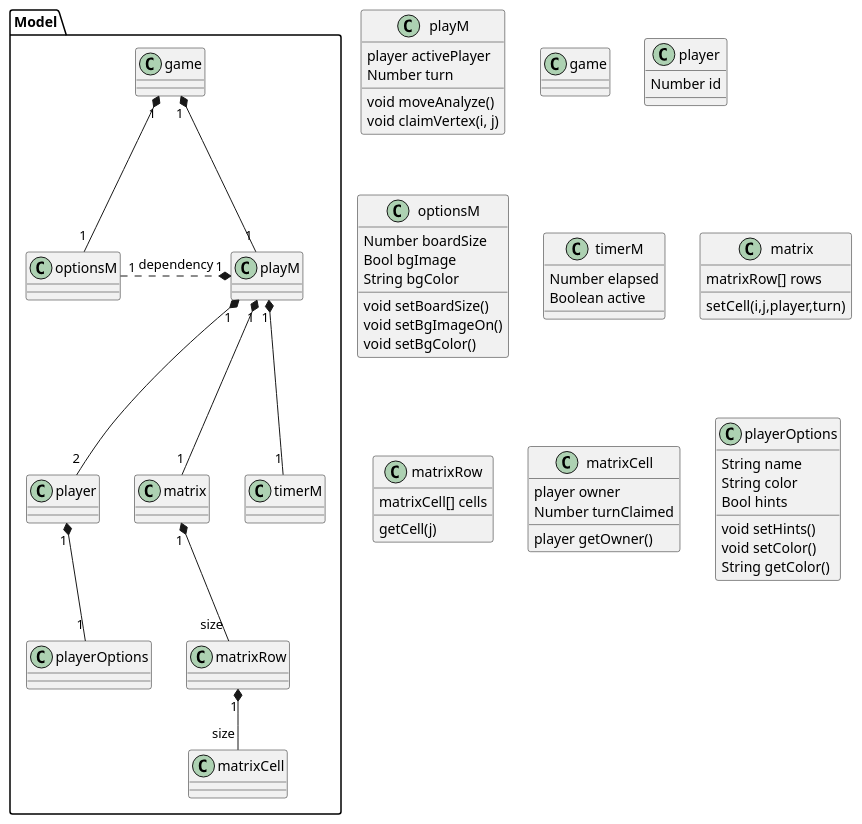
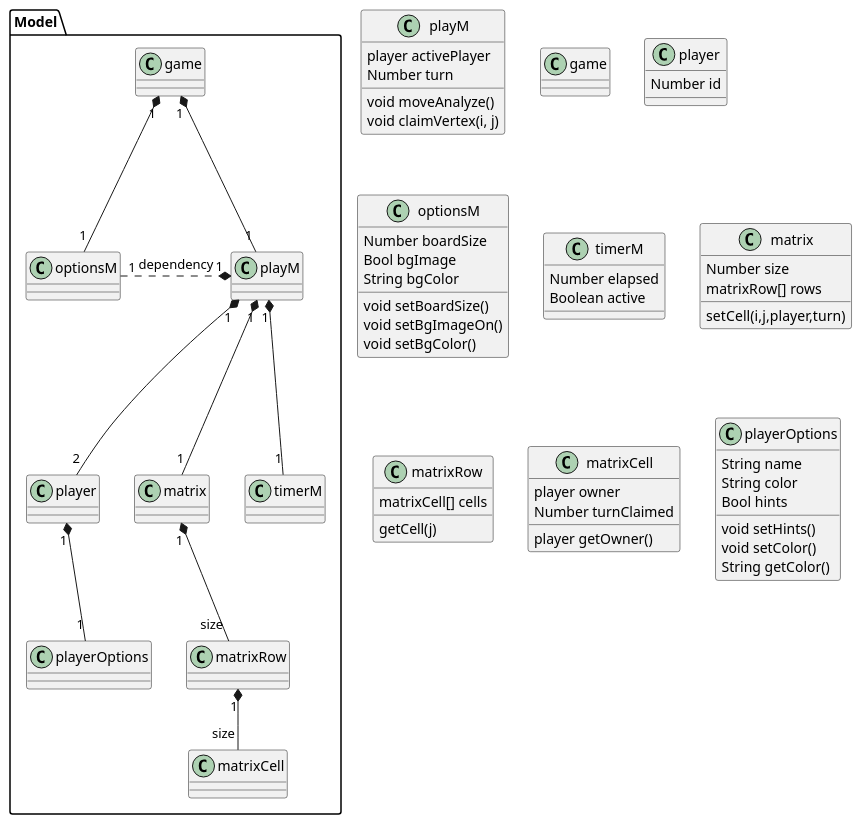
The diagram in UMLDiagrams/Class/GameModel.plantuml (nugentmichael1/gomoku), drawn with PlantUML before and after one commit. The commit also changed 19 other files, not shown here.

```diff
--- a/UMLDiagrams/Class/GameModel.plantuml
+++ b/UMLDiagrams/Class/GameModel.plantuml
@@ -1,73 +1,74 @@
 @startuml Game Model
 
 
 package "Model"{
     playM "1" *-- "2" player
     playM "1" *-- "1" matrix
     game "1" *-- "1" optionsM
     matrix "1" *-- "size" matrixRow
     matrixRow "1" *-- "size" matrixCell
     ' matrix "1" - "1" board:contains
     ' board "1" *-- "size" boardRow: contains
     ' boardRow "1" *-- "size" boardCell: contains
     ' matrixCell <. boardCell: Dependency
     game "1" *-- "1" playM
     playM "1" *-- "1" timerM
     player "1" *-- "1" playerOptions
     optionsM "1" .* "1" playM: dependency
 }
 
 class playM{
     void moveAnalyze()
     player activePlayer
     void claimVertex(i, j)
     Number turn
 }
 
 class game {
 }
 
 class player{
     Number id
 }
 
 class optionsM{
     Number boardSize
     Bool bgImage
     String bgColor
     void setBoardSize()
     void setBgImageOn()
     void setBgColor()
 }
 
 class timerM{
     Number elapsed
     Boolean active
 }
 
 class matrix{
+    Number size
     matrixRow[] rows
     setCell(i,j,player,turn)
 }
 
 class matrixRow{
     matrixCell[] cells
     getCell(j)
 }
 
 class matrixCell{
     player owner
     Number turnClaimed
     player getOwner()
 }
 
 class playerOptions{
     String name
     String color
     Bool hints
     void setHints()
     void setColor()
     String getColor()
 }
 
 @enduml
```
